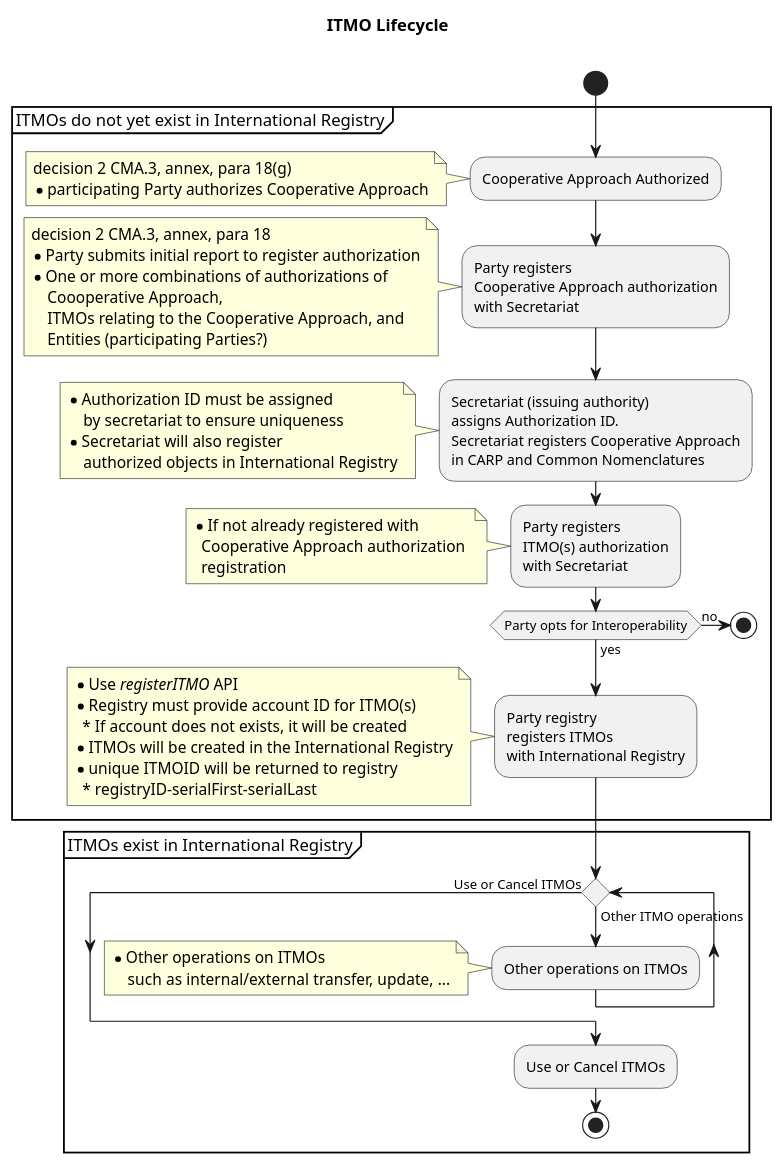
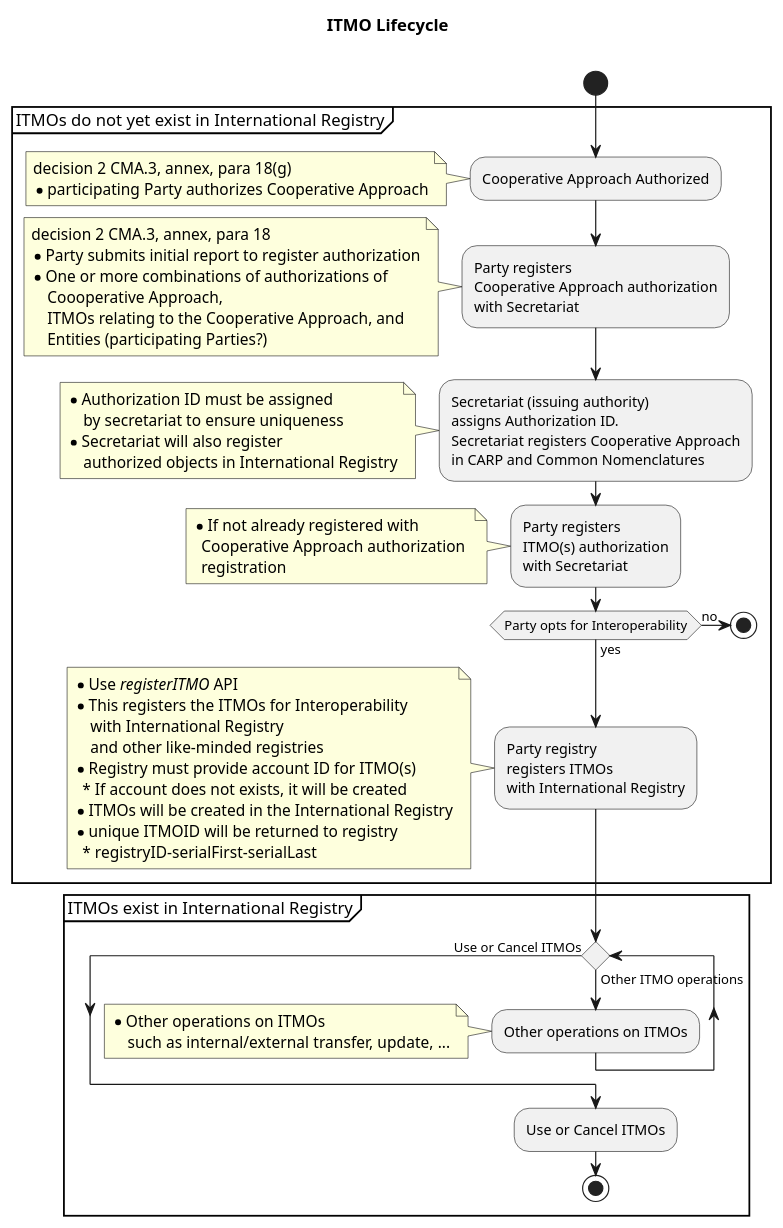
The diagram in diagrams/ITMO Lifecycle Activity.puml (frankcnng/CARP), drawn with PlantUML before and after one commit.

Commit message:
Update ITMO Lifecycle Activity.puml
Updated notes

```diff
--- a/diagrams/ITMO Lifecycle Activity.puml
+++ b/diagrams/ITMO Lifecycle Activity.puml
@@ -1,85 +1,88 @@
 @startuml
 
 title ITMO Lifecycle \n
 
 start
 
 partition ITMOs do not yet exist in International Registry {
     
     :Cooperative Approach Authorized;
       note left
         decision 2 CMA.3, annex, para 18(g)
         * participating Party authorizes Cooperative Approach
       end note
   
     :Party registers
     Cooperative Approach authorization
     with Secretariat;
       note left
         decision 2 CMA.3, annex, para 18
         * Party submits initial report to register authorization
         * One or more combinations of authorizations of
             Coooperative Approach,
             ITMOs relating to the Cooperative Approach, and
             Entities (participating Parties?)
       end note
   
     :Secretariat (issuing authority)
     assigns Authorization ID.
     Secretariat registers Cooperative Approach
     in CARP and Common Nomenclatures;
       note left
         * Authorization ID must be assigned
             by secretariat to ensure uniqueness
         * Secretariat will also register 
             authorized objects in International Registry
       end note
     
     :Party registers 
     ITMO(s) authorization
     with Secretariat;
     
     note left
         * If not already registered with 
           Cooperative Approach authorization 
           registration
     end note
   
     if (Party opts for Interoperability) then (yes)
   
       :Party registry
       registers ITMOs
       with International Registry;
         note left
         * Use //registerITMO// API
+        * This registers the ITMOs for Interoperability
+            with International Registry
+            and other like-minded registries
         * Registry must provide account ID for ITMO(s)
           * If account does not exists, it will be created
         * ITMOs will be created in the International Registry
         * unique ITMOID will be returned to registry
           * registryID-serialFirst-serialLast
         end note
       
     else (no)
       stop
     
   endif
 }
 
 partition ITMOs exist in International Registry {
     
   while () is (Other ITMO operations)
   
     :Other operations on ITMOs;
       note left
       * Other operations on ITMOs
           such as internal/external transfer, update, ...
       end note
     
   endwhile (Use or Cancel ITMOs)
     :Use or Cancel ITMOs;
     stop
 
     
 }
 
 @enduml
```
